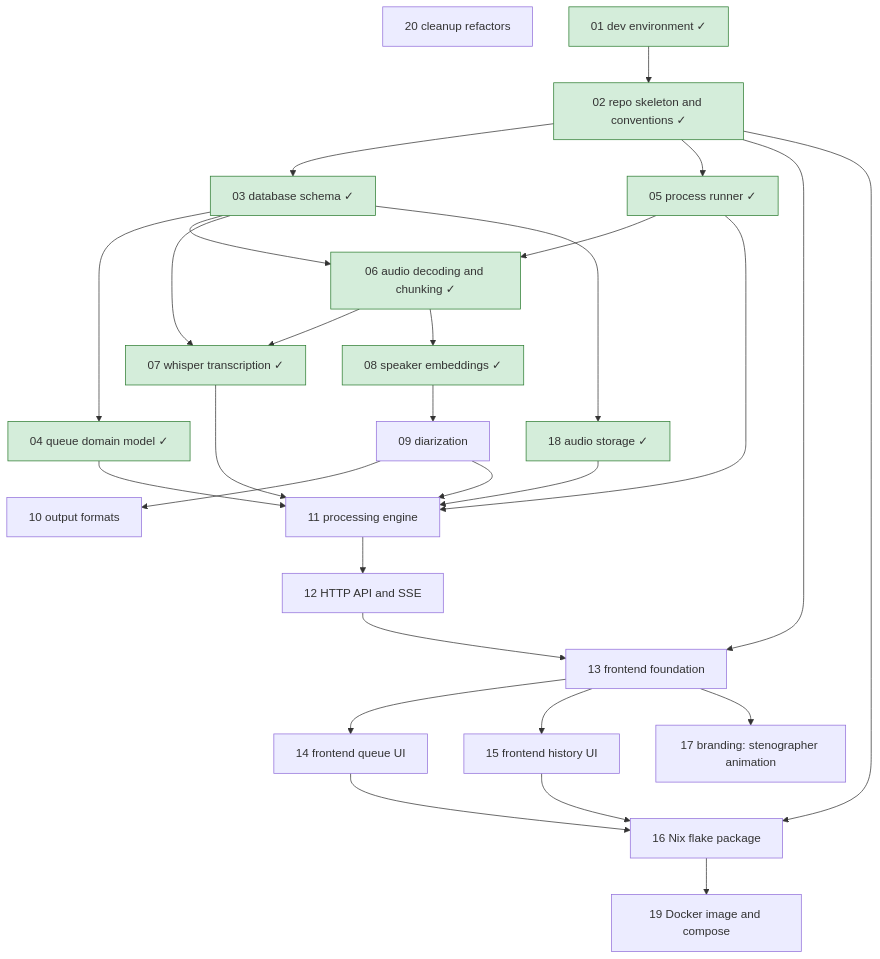
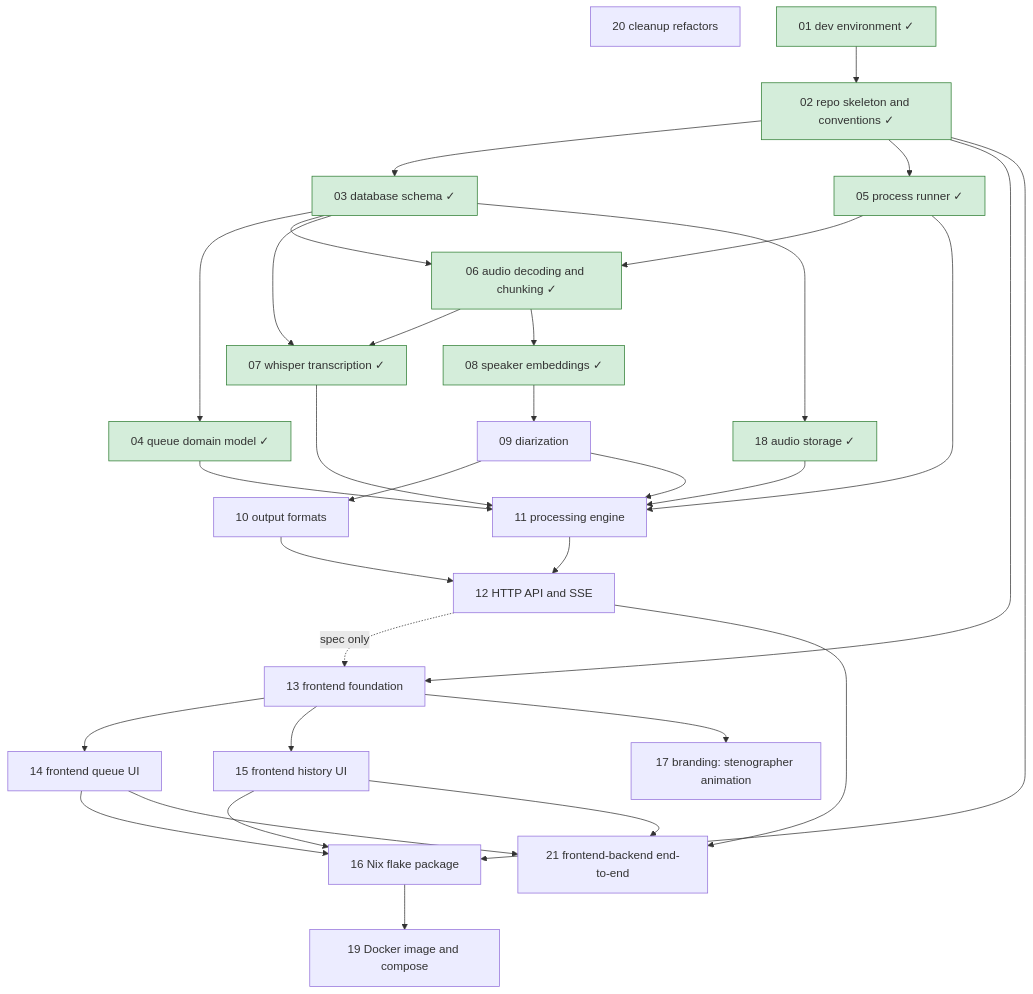
Before and after one commit to lulu-berlin/speech-to-text-app: the diagram in roadmap/README.md, drawn with Mermaid. The commit also changed other lines of this file and 10 other files, not shown here.

````diff
--- a/roadmap/README.md
+++ b/roadmap/README.md
@@ -17,32 +17,36 @@
 ```mermaid
 graph TD
   01[01 dev environment ✓]:::done --> 02[02 repo skeleton and conventions ✓]:::done
   02 --> 03[03 database schema ✓]:::done
   03 --> 04[04 queue domain model ✓]:::done
   02 --> 05[05 process runner ✓]:::done
   05 --> 06[06 audio decoding and chunking ✓]:::done
   03 --> 06
   06 --> 07[07 whisper transcription ✓]:::done
   03 --> 07
   06 --> 08[08 speaker embeddings ✓]:::done
   08 --> 09[09 diarization]
   09 --> 10[10 output formats]
   04 --> 11[11 processing engine]
   05 --> 11
   07 --> 11
   09 --> 11
   03 --> 18[18 audio storage ✓]:::done
   18 --> 11
   11 --> 12[12 HTTP API and SSE]
+  10 --> 12
   02 --> 13[13 frontend foundation]
-  12 --> 13
+  12 -. spec only .-> 13
   13 --> 14[14 frontend queue UI]
   13 --> 15[15 frontend history UI]
   02 --> 16[16 Nix flake package]
   14 --> 16
   15 --> 16
   13 --> 17[17 branding: stenographer animation]
   16 --> 19[19 Docker image and compose]
   20[20 cleanup refactors]
+  12 --> 21[21 frontend-backend end-to-end]
+  14 --> 21
+  15 --> 21
   classDef done fill:#d4edda,stroke:#2e7d32
 ```
````
